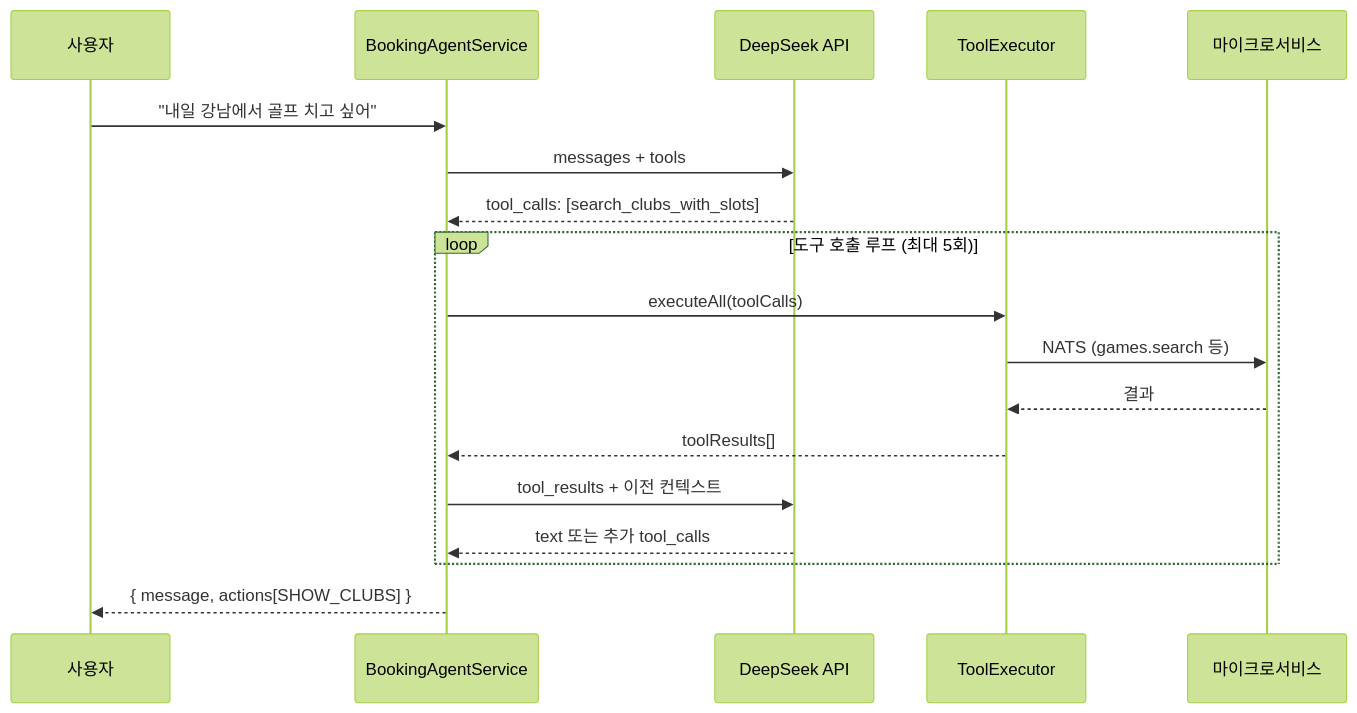
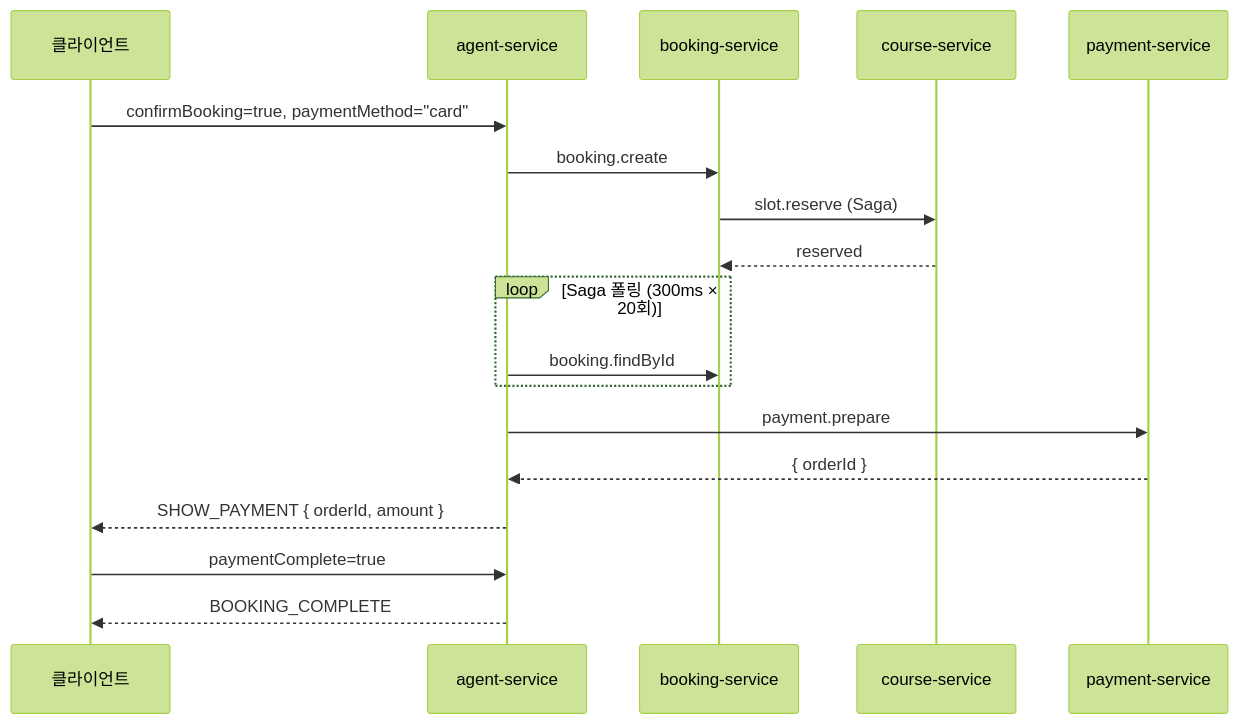
The second of 4 diagrams in docs/workflow/AGENT.md (uniyous/parkgolf-platform), drawn with Mermaid (forest theme) before and after one commit. The commit also changed other lines of this file, not shown here.

First line of the commit message:
docs(agent): AGENT.md 전체 현행화 및 심플화 (1352→565줄)

````diff
--- a/docs/workflow/AGENT.md
+++ b/docs/workflow/AGENT.md
@@ -251,23 +305,23 @@
 ```mermaid
 sequenceDiagram
-    participant U as 사용자
-    participant BA as BookingAgentService
-    participant DS as DeepSeek API
-    participant TE as ToolExecutor
-    participant MS as 마이크로서비스
+    participant App as 클라이언트
+    participant Agent as agent-service
+    participant Book as booking-service
+    participant Course as course-service
+    participant Pay as payment-service
 
-    U->>BA: "내일 강남에서 골프 치고 싶어"
-    BA->>DS: messages + tools
-    DS-->>BA: tool_calls: [search_clubs_with_slots]
+    App->>Agent: confirmBooking=true, paymentMethod="card"
+    Agent->>Book: booking.create
+    Book->>Course: slot.reserve (Saga)
+    Course-->>Book: reserved
 
-    loop 도구 호출 루프 (최대 5회)
-        BA->>TE: executeAll(toolCalls)
-        TE->>MS: NATS (games.search 등)
-        MS-->>TE: 결과
-        TE-->>BA: toolResults[]
-        BA->>DS: tool_results + 이전 컨텍스트
-        DS-->>BA: text 또는 추가 tool_calls
+    loop Saga 폴링 (300ms × 20회)
+        Agent->>Book: booking.findById
     end
 
-    BA-->>U: { message, actions[SHOW_CLUBS] }
+    Agent->>Pay: payment.prepare
+    Pay-->>Agent: { orderId }
+    Agent-->>App: SHOW_PAYMENT { orderId, amount }
+    App->>Agent: paymentComplete=true
+    Agent-->>App: BOOKING_COMPLETE
 ```
````
